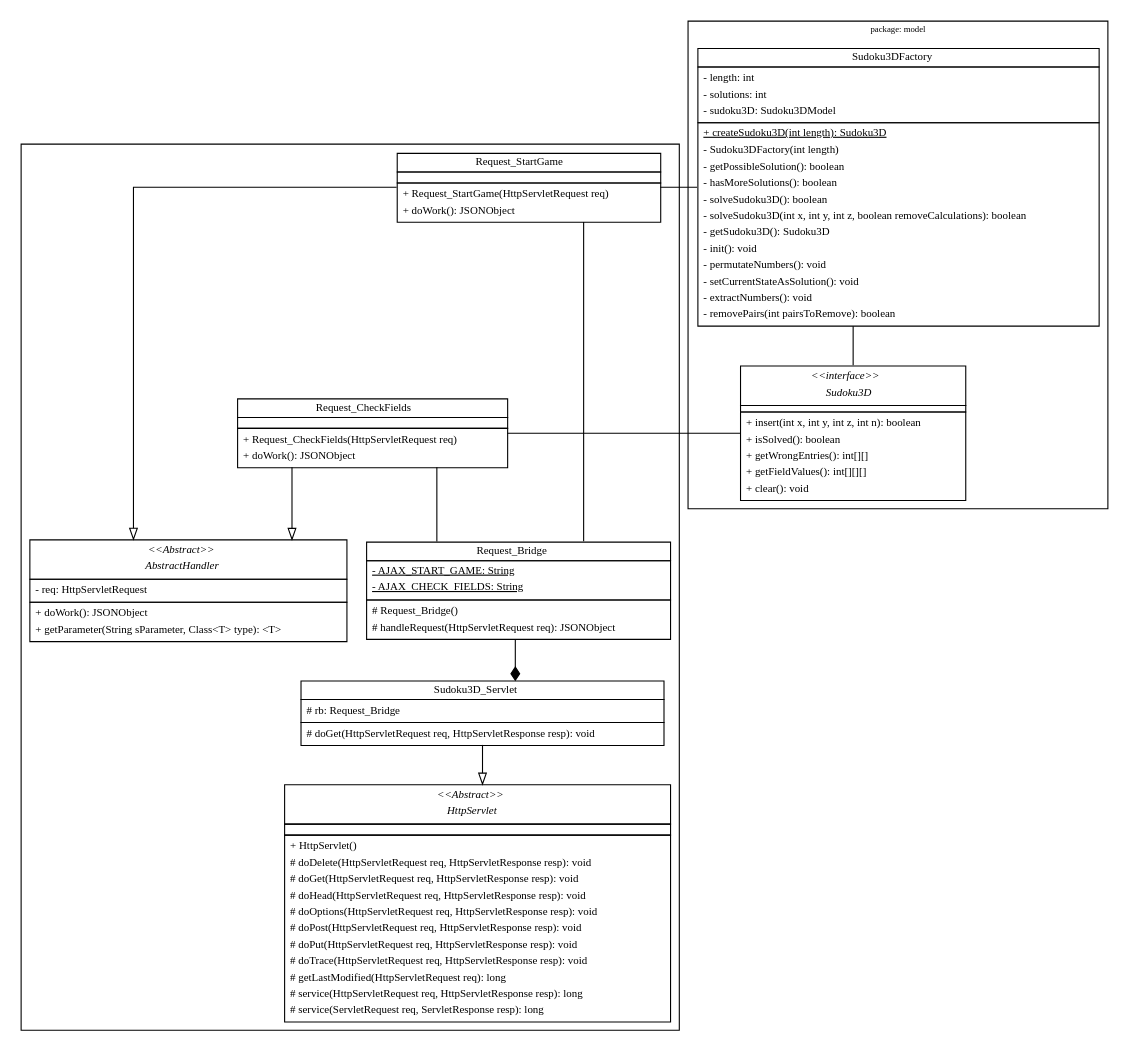
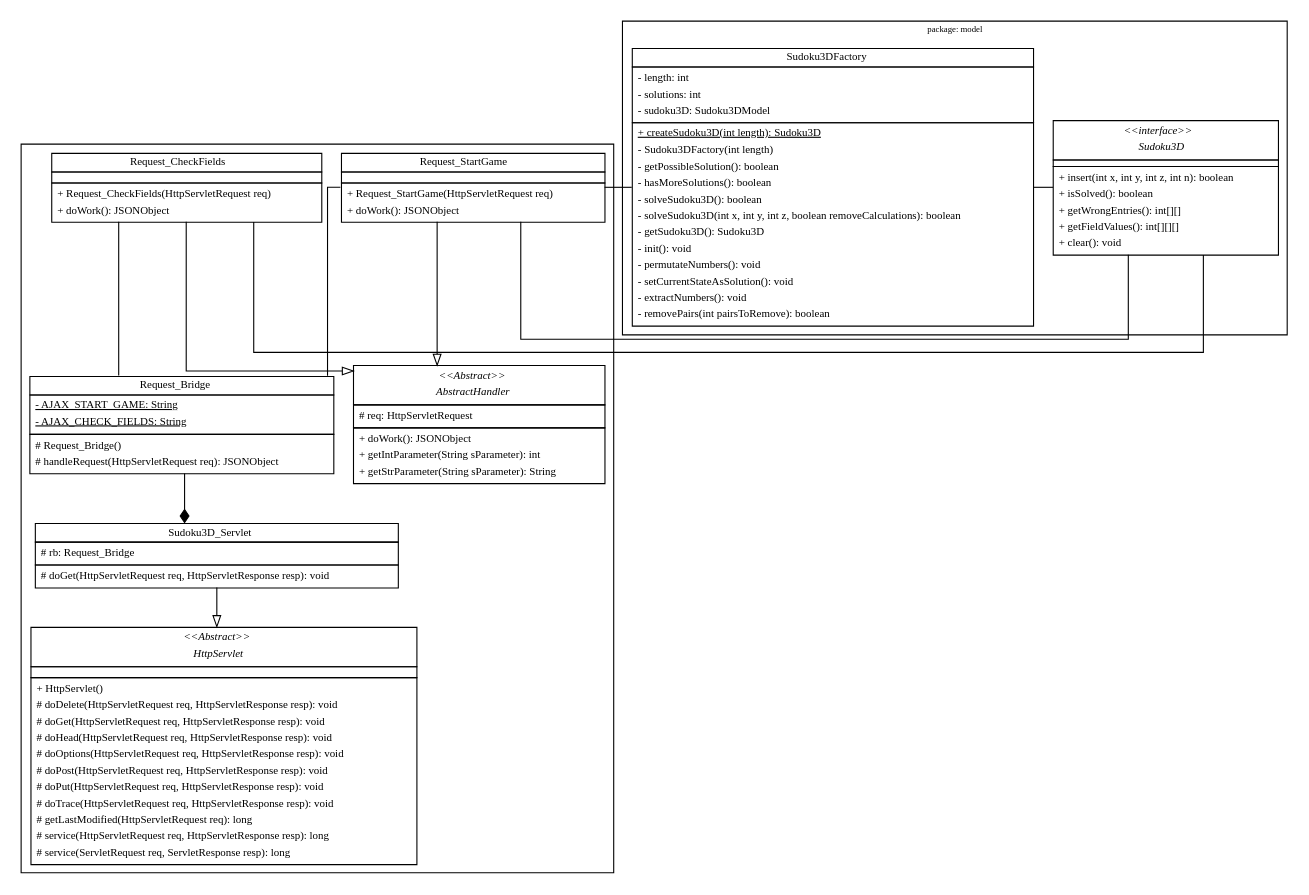
The diagram in doc/controller.dot (Mavpotter/Sudoku3D), drawn with Graphviz before and after one commit.

Commit message:
Nachpflegen des Uml-Diagramms für den Controller;

```diff
--- a/doc/controller.dot
+++ b/doc/controller.dot
@@ -104,7 +104,7 @@
                 <tr>
                     <td>
                         <table border="0" cellspacing="0" cellborder="0">
-                            <tr><td align="left">- req: HttpServletRequest</td></tr>
+                            <tr><td align="left"># req: HttpServletRequest</td></tr>
                         </table>
                     </td>
                 </tr>
@@ -112,7 +112,8 @@
                     <td>
                         <table border="0" cellspacing="0" cellborder="0">
                             <tr><td align="left">+ doWork(): JSONObject</td></tr>
-                            <tr><td align="left">+ getParameter(String sParameter, Class&lt;T&gt; type): &lt;T&gt;</td></tr>
+                            <tr><td align="left">+ getIntParameter(String sParameter): int</td></tr>
+                            <tr><td align="left">+ getStrParameter(String sParameter): String</td></tr>
                         </table>
                     </td>
                 </tr>
@@ -251,15 +252,17 @@
     }
 
     {rank=same request_checkfields sudoku3d}
-    {rank=same request_startgame sudoku3dfactory}
+    {rank=same request_checkfields sudoku3dfactory}
+    {rank=same request_checkfields request_startgame}
 
     sudoku3dfactory -> sudoku3d [arrowhead=none]
     request_startgame -> abstracthandler [arrowhead=onormal]
     request_startgame -> sudoku3dfactory [arrowhead=none]
     request_checkfields -> abstracthandler [arrowhead=onormal]
     request_checkfields -> sudoku3d [arrowhead=none]
+    request_checkfields -> request_bridge [arrowhead=none]
+    request_startgame -> sudoku3d [arrowhead=none]
     request_startgame -> request_bridge [arrowhead=none]
-    request_checkfields -> request_bridge [arrowhead=none]
     request_bridge -> sudoku3D_servlet [arrowhead=diamond]
     sudoku3D_servlet -> httpservlet [arrowhead=onormal]
 }
```
